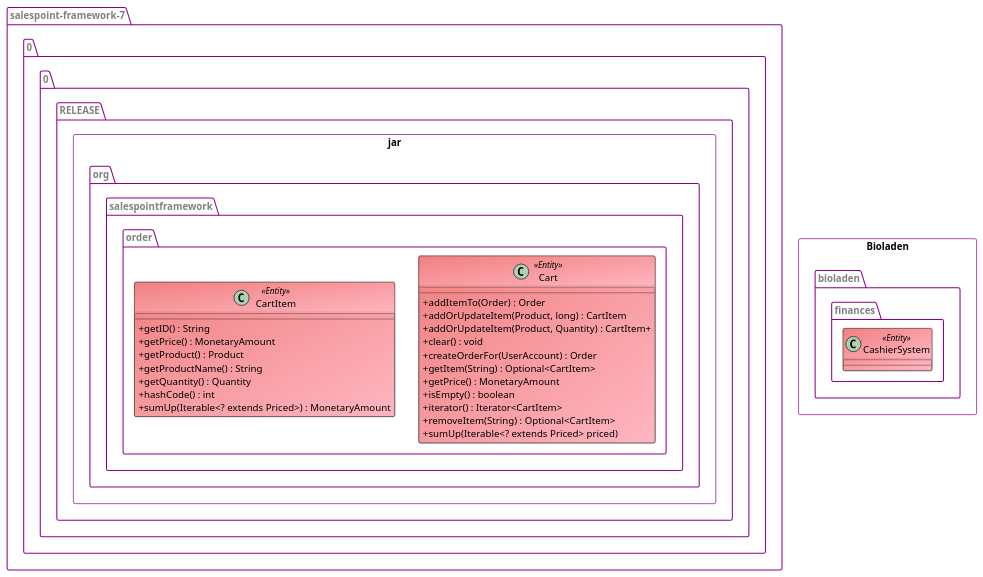
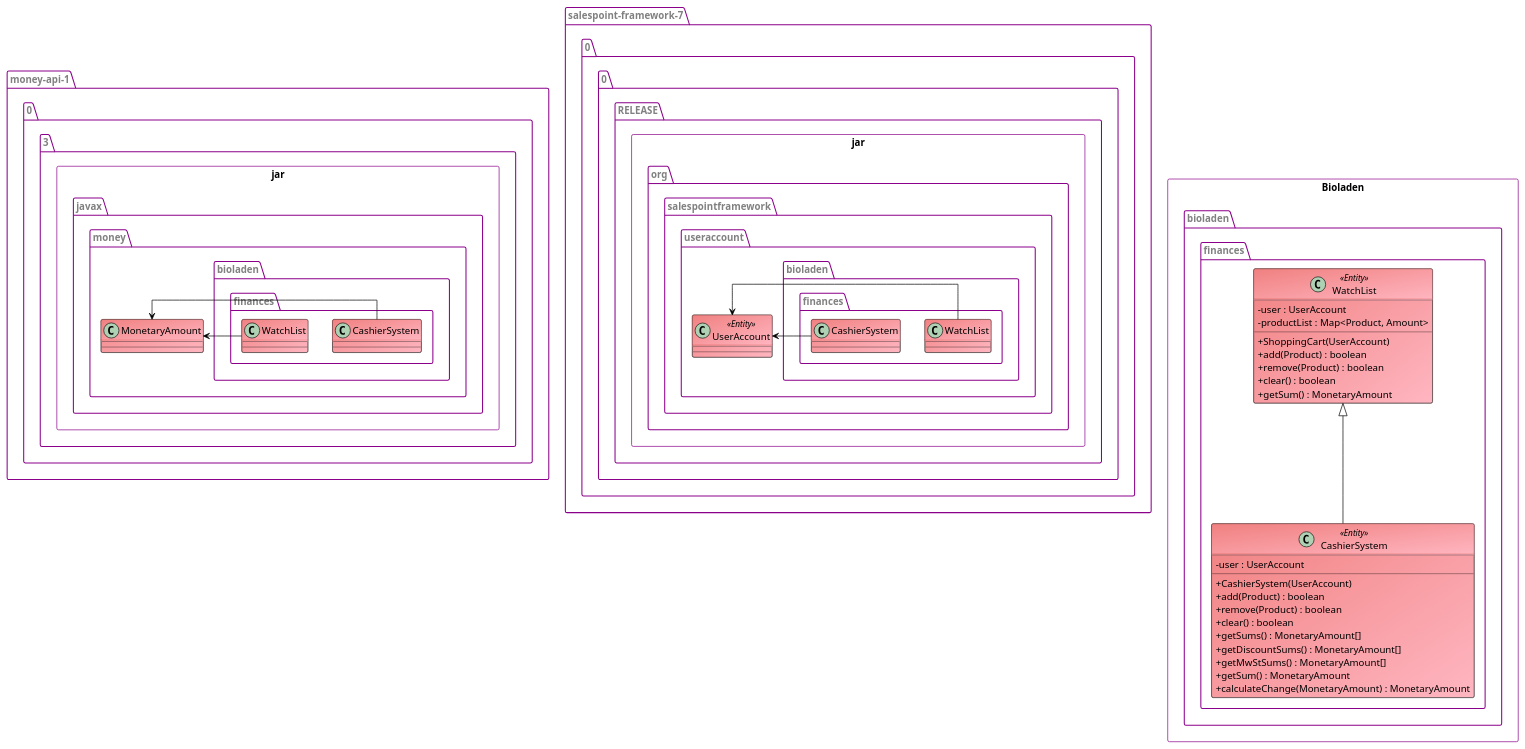
One commit to LimitlessGreen/swt18w43 changed the diagram in src/main/asciidoc/models/design/DesignFinancesDepartment.puml. Above: the diagram before and after it, drawn with PlantUML. The commit also changed 7 other files, not shown here.

Commit message:
[Design] Order and Finances Department

```diff
--- a/src/main/asciidoc/models/design/DesignFinancesDepartment.puml
+++ b/src/main/asciidoc/models/design/DesignFinancesDepartment.puml
@@ -1,60 +1,78 @@
 @startuml
 
 skinparam class {
 	BackgroundColor #LightCoral/LightPink
     BorderColor Black
     ArrowColor  Black
 }
 
 skinparam package {
     FontColor Grey
     BorderColor DarkMagenta
 }
 
 skinparam classAttributeIconSize 0
 skinparam linetype ortho
 
 
-rectangle salespoint-framework-7.0.0.RELEASE.jar {
-    namespace org.salespointframework.order {
-        class Cart <<Entity>>{
-            +addItemTo(Order) : Order
-            +addOrUpdateItem(Product, long) : CartItem
-            +addOrUpdateItem(Product, Quantity) : CartItem+
-            +clear() : void
-            +createOrderFor(UserAccount) : Order
-            +getItem(String) : Optional<CartItem>
-            +getPrice() : MonetaryAmount
-            +isEmpty() : boolean
-            +iterator() : Iterator<CartItem>
-            +removeItem(String) : Optional<CartItem>
-            +sumUp(Iterable<? extends Priced> priced)
-        }
-
-        class CartItem <<Entity>>{
-            +getID() : String
-            +getPrice() : MonetaryAmount
-            +getProduct() : Product
-            +getProductName() : String
-            +getQuantity() : Quantity
-            +hashCode() : int
-            +sumUp(Iterable<? extends Priced>) : MonetaryAmount
-        }
-
-    }
-}
-
-
 rectangle Bioladen {
     namespace bioladen.finances {
 
-        class CashierSystem <<Entity>> {
+        class CashierSystem <<Entity>> extends WatchList {
+            -user : UserAccount
+            +CashierSystem(UserAccount)
+            +add(Product) : boolean
+            +remove(Product) : boolean
+            +clear() : boolean
+            +getSums() : MonetaryAmount[]
+            +getDiscountSums() : MonetaryAmount[]
+            +getMwStSums() : MonetaryAmount[]
+            +getSum() : MonetaryAmount
+            +calculateChange(MonetaryAmount) : MonetaryAmount
+
 
         }
+        class WatchList <<Entity>> {
+            -user : UserAccount
+            -productList : Map<Product, Amount>
+            +ShoppingCart(UserAccount)
+            +add(Product) : boolean
+            +remove(Product) : boolean
+            +clear() : boolean
+            +getSum() : MonetaryAmount
+
+
+        }
+
 
     }
 
 }
 
+rectangle money-api-1.0.3.jar {
+    namespace javax.money {
+        class MonetaryAmount{
+
+        }
+        bioladen.finances.CashierSystem -right-> MonetaryAmount
+        bioladen.finances.WatchList -right-> MonetaryAmount
+    }
+
+}
+
+rectangle salespoint-framework-7.0.0.RELEASE.jar {
+
+    namespace org.salespointframework.useraccount {
+
+        class UserAccount <<Entity>>{
+
+        }
+
+        bioladen.finances.WatchList -left-> UserAccount
+        bioladen.finances.CashierSystem -left-> UserAccount
+    }
+    
+}
+
 
 @enduml
```
